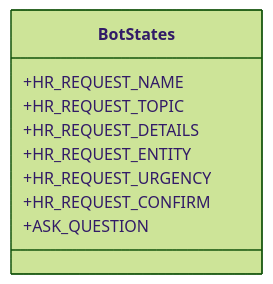
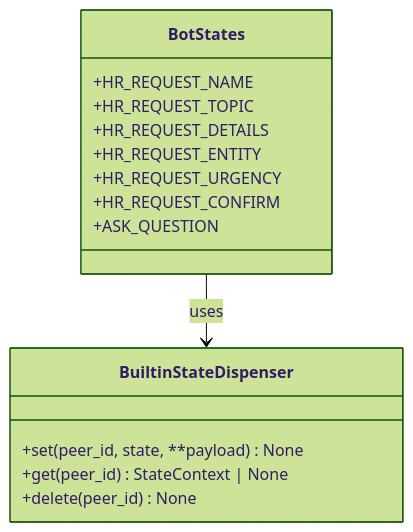
One commit to ognelis/cafetera_hr_bot changed the tenth of 12 diagrams in .qoder/repowiki/en/content/VK Integration/VK Integration.md. Above: the diagram before and after it, drawn with Mermaid (forest theme). The commit also changed other lines of this file and 14 other files, not shown here.

````diff
--- a/.qoder/repowiki/en/content/VK Integration/VK Integration.md
+++ b/.qoder/repowiki/en/content/VK Integration/VK Integration.md
@@ -459,12 +571,18 @@
 ```mermaid
 classDiagram
 class BotStates {
 +HR_REQUEST_NAME
 +HR_REQUEST_TOPIC
 +HR_REQUEST_DETAILS
 +HR_REQUEST_ENTITY
 +HR_REQUEST_URGENCY
 +HR_REQUEST_CONFIRM
 +ASK_QUESTION
 }
+class BuiltinStateDispenser {
++set(peer_id, state, **payload) None
++get(peer_id) StateContext | None
++delete(peer_id) None
+}
+BotStates --> BuiltinStateDispenser : uses
 ```
````
